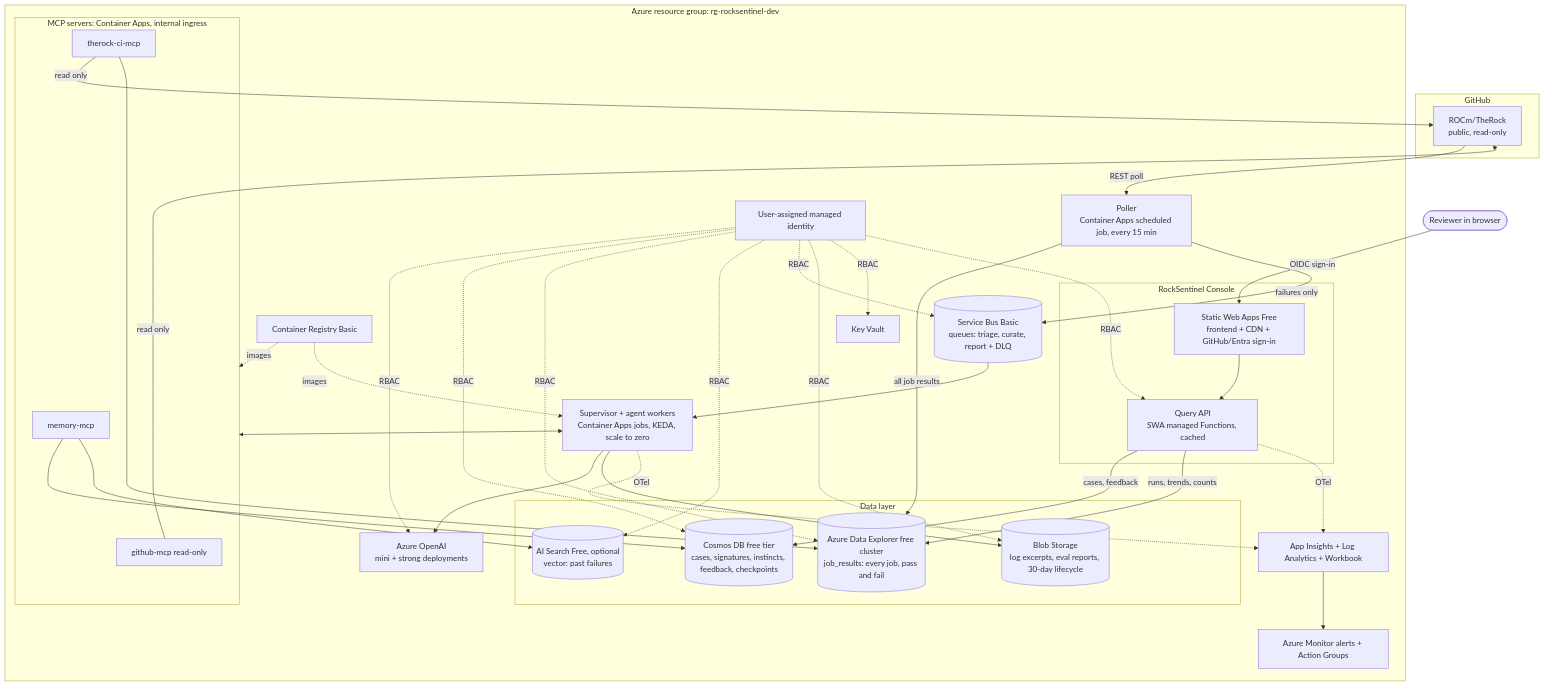
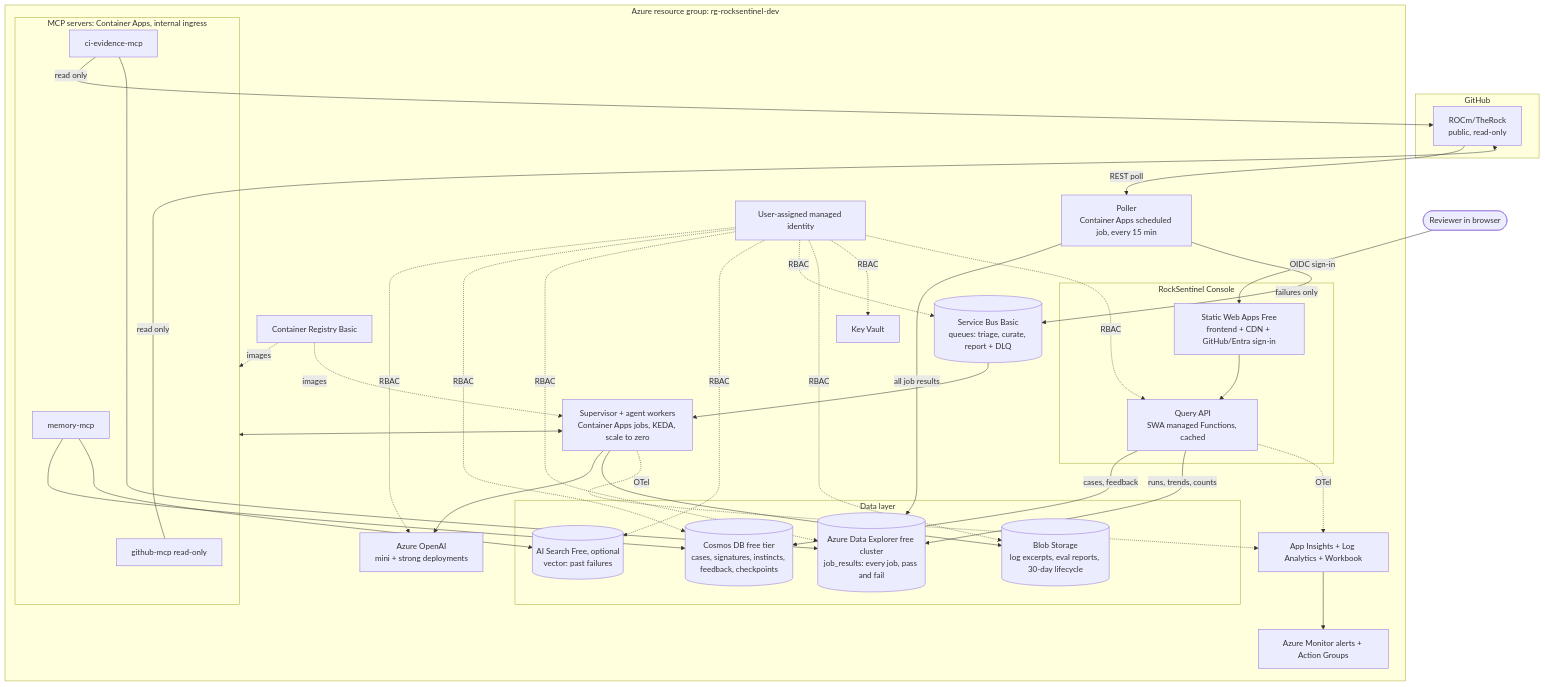
The second of 5 diagrams in docs/ADLC-RockSentinel.md (rajipsv/RockSentinel), drawn with Mermaid before and after one commit. The commit also changed other lines of this file and 35 other files, not shown here.

````diff
--- a/docs/ADLC-RockSentinel.md
+++ b/docs/ADLC-RockSentinel.md
@@ -146,54 +146,54 @@
 ```mermaid
 flowchart TB
   subgraph GH[GitHub]
     UP[ROCm/TheRock<br/>public, read-only]
   end
   USR([Reviewer in browser])
   subgraph AZ[Azure resource group: rg-rocksentinel-dev]
     POL[Poller<br/>Container Apps scheduled job, every 15 min]
     SB[(Service Bus Basic<br/>queues: triage, curate, report + DLQ)]
     SUP[Supervisor + agent workers<br/>Container Apps jobs, KEDA, scale to zero]
     subgraph MCP[MCP servers: Container Apps, internal ingress]
       M1[github-mcp read-only]
-      M3[therock-ci-mcp]
+      M3[ci-evidence-mcp]
       M4[memory-mcp]
     end
     AOAI[Azure OpenAI<br/>mini + strong deployments]
     subgraph DATA[Data layer]
       COS[(Cosmos DB free tier<br/>cases, signatures, instincts, feedback, checkpoints)]
       ADX[(Azure Data Explorer free cluster<br/>job_results: every job, pass and fail)]
       SRCH[(AI Search Free, optional<br/>vector: past failures)]
       BLOB[(Blob Storage<br/>log excerpts, eval reports, 30-day lifecycle)]
     end
     subgraph WEB[RockSentinel Console]
       SWA[Static Web Apps Free<br/>frontend + CDN + GitHub/Entra sign-in]
       API[Query API<br/>SWA managed Functions, cached]
     end
     KV[Key Vault]
     MI[User-assigned managed identity]
     ACR[Container Registry Basic]
     MON[App Insights + Log Analytics + Workbook]
     ALR[Azure Monitor alerts + Action Groups]
   end
   UP -- REST poll --> POL
   POL -- all job results --> ADX
   POL -- failures only --> SB
   SB --> SUP
   SUP <--> MCP
   SUP --> AOAI
   M1 -- read only --> UP
   M3 -- read only --> UP
   M3 --> ADX
   M4 --> COS
   M4 --> SRCH
   SUP --> BLOB
   USR -- OIDC sign-in --> SWA
   SWA --> API
   API -- cases, feedback --> COS
   API -- runs, trends, counts --> ADX
   MI -.RBAC.-> AOAI & COS & ADX & SRCH & SB & BLOB & KV & API
   ACR -.images.-> SUP & MCP
   SUP -. OTel .-> MON
   API -. OTel .-> MON
   MON --> ALR
 ```
````
